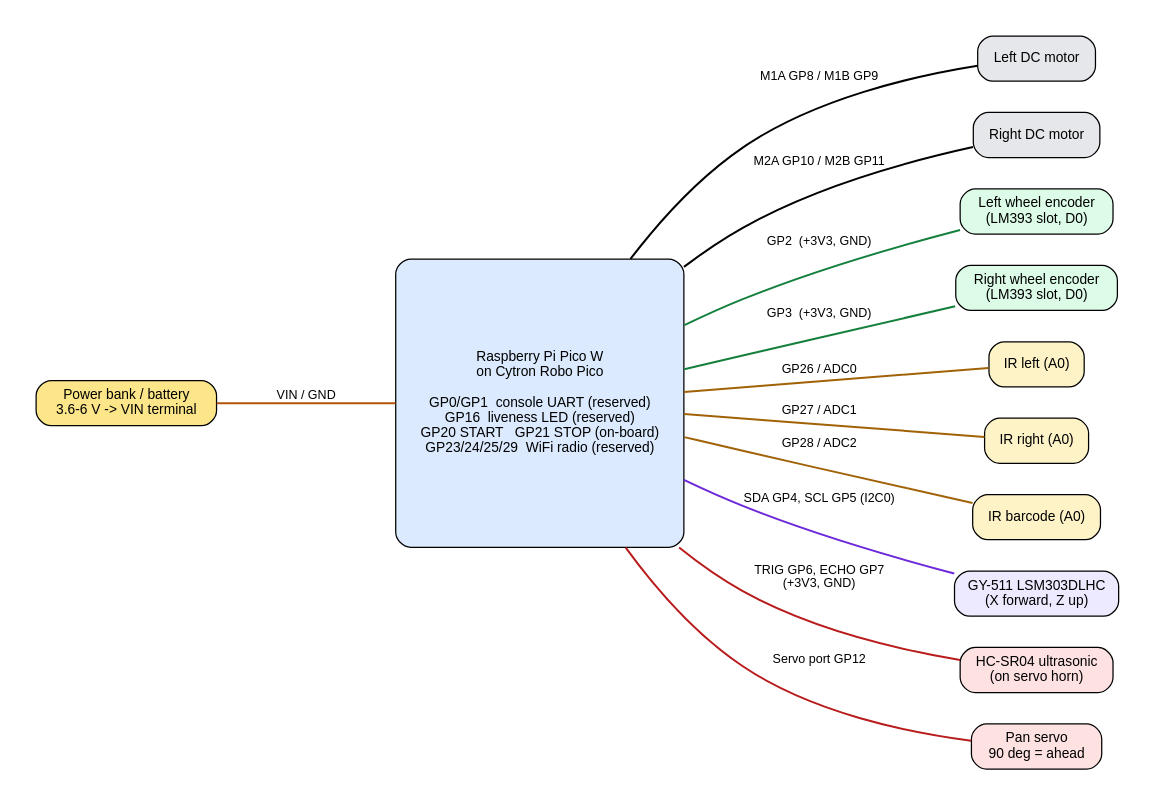
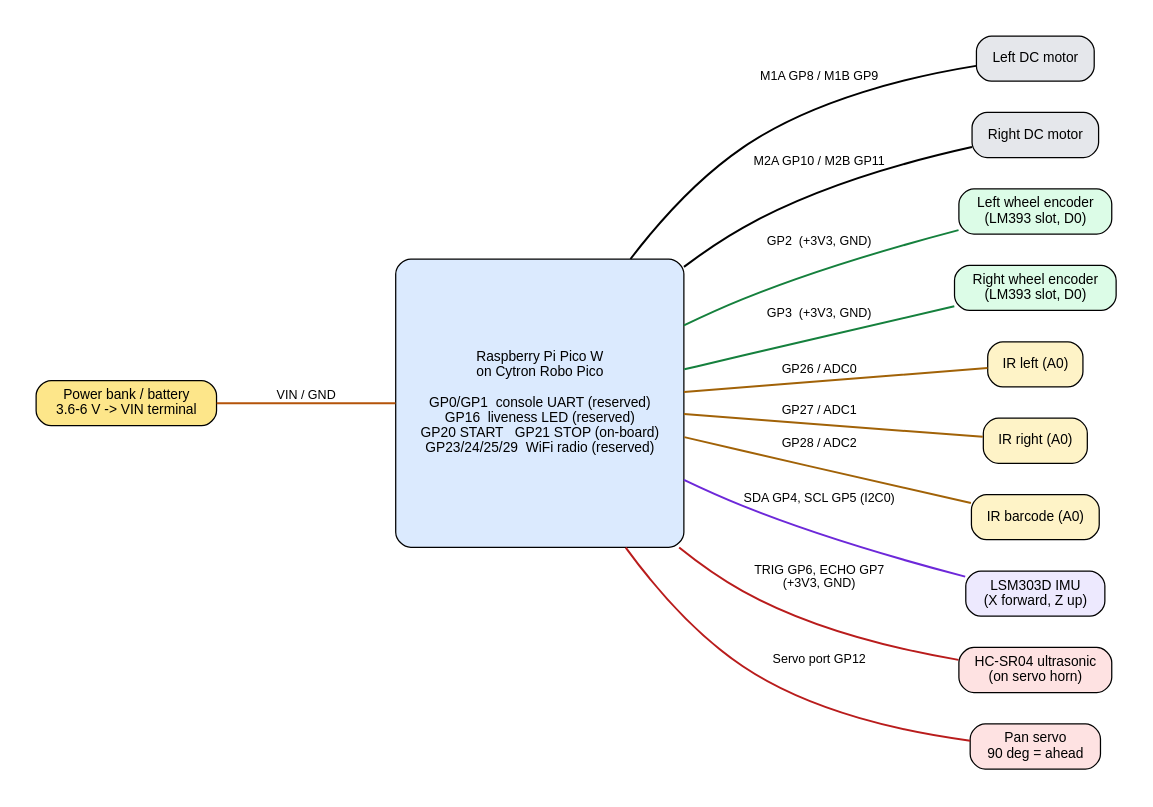
The diagram in docs/img/wiring.dot (lennoly/INF2004_Grp5), drawn with Graphviz before and after one commit. The commit also changed 3 other files, not shown here.

Commit message:
Docs: the IMU is an LSM303D, not a GY-511 / LSM303DLHC  Wiring table, report section 4.4 (address 0x1D, register settings, 0.061 mg/LSB, 50 Hz +-4 gauss magnetometer), abbreviations and the wiring diagram source now match the driver.

```diff
--- a/docs/img/wiring.dot
+++ b/docs/img/wiring.dot
@@ -1,20 +1,20 @@
 graph W {
   graph [rankdir=LR, bgcolor=white, fontname="Helvetica", nodesep=0.35, ranksep=1.3, pad=0.3];
   node  [shape=box, style="rounded,filled", fontname="Helvetica", fontsize=11];
   edge  [fontname="Helvetica", fontsize=10, penwidth=1.6];
   pico [label="Raspberry Pi Pico W\non Cytron Robo Pico\n\nGP0/GP1  console UART (reserved)\nGP16  liveness LED (reserved)\nGP20 START   GP21 STOP (on-board)\nGP23/24/25/29  WiFi radio (reserved)", fillcolor="#dbeafe", height=3.2, width=3.2];
   bat  [label="Power bank / battery\n3.6-6 V -> VIN terminal", fillcolor="#fde68a"];
   ml [label="Left DC motor",  fillcolor="#e5e7eb"]; mr [label="Right DC motor", fillcolor="#e5e7eb"];
   el [label="Left wheel encoder\n(LM393 slot, D0)", fillcolor="#dcfce7"]; er [label="Right wheel encoder\n(LM393 slot, D0)", fillcolor="#dcfce7"];
   irl [label="IR left (A0)", fillcolor="#fef3c7"]; irr [label="IR right (A0)", fillcolor="#fef3c7"]; irb [label="IR barcode (A0)", fillcolor="#fef3c7"];
-  imu [label="GY-511 LSM303DLHC\n(X forward, Z up)", fillcolor="#ede9fe"];
+  imu [label="LSM303D IMU\n(X forward, Z up)", fillcolor="#ede9fe"];
   us  [label="HC-SR04 ultrasonic\n(on servo horn)", fillcolor="#fee2e2"];
   sv  [label="Pan servo\n90 deg = ahead", fillcolor="#fee2e2"];
   bat -- pico [label="VIN / GND", color="#b45309"];
   pico -- ml [label="M1A GP8 / M1B GP9"]; pico -- mr [label="M2A GP10 / M2B GP11"];
   pico -- el [label="GP2  (+3V3, GND)", color="#15803d"]; pico -- er [label="GP3  (+3V3, GND)", color="#15803d"];
   pico -- irl [label="GP26 / ADC0", color="#a16207"]; pico -- irr [label="GP27 / ADC1", color="#a16207"]; pico -- irb [label="GP28 / ADC2", color="#a16207"];
   pico -- imu [label="SDA GP4, SCL GP5 (I2C0)", color="#6d28d9"];
   pico -- us [label="TRIG GP6, ECHO GP7\n(+3V3, GND)", color="#b91c1c"];
   pico -- sv [label="Servo port GP12", color="#b91c1c"];
 }
```
